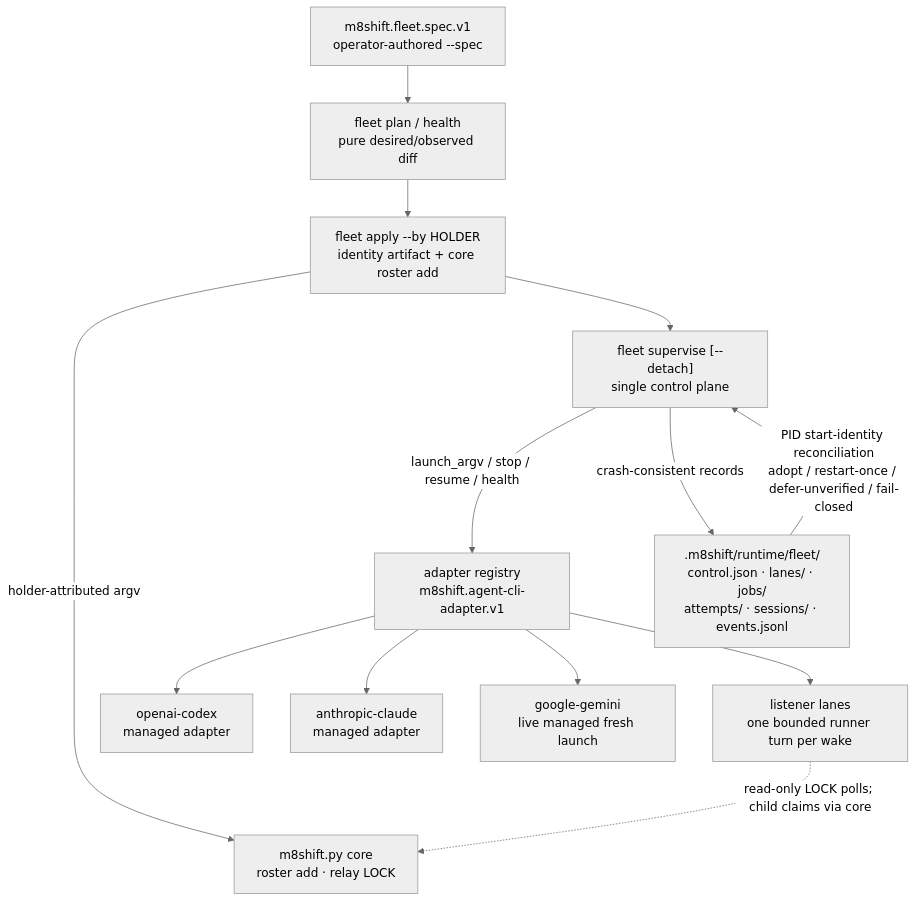
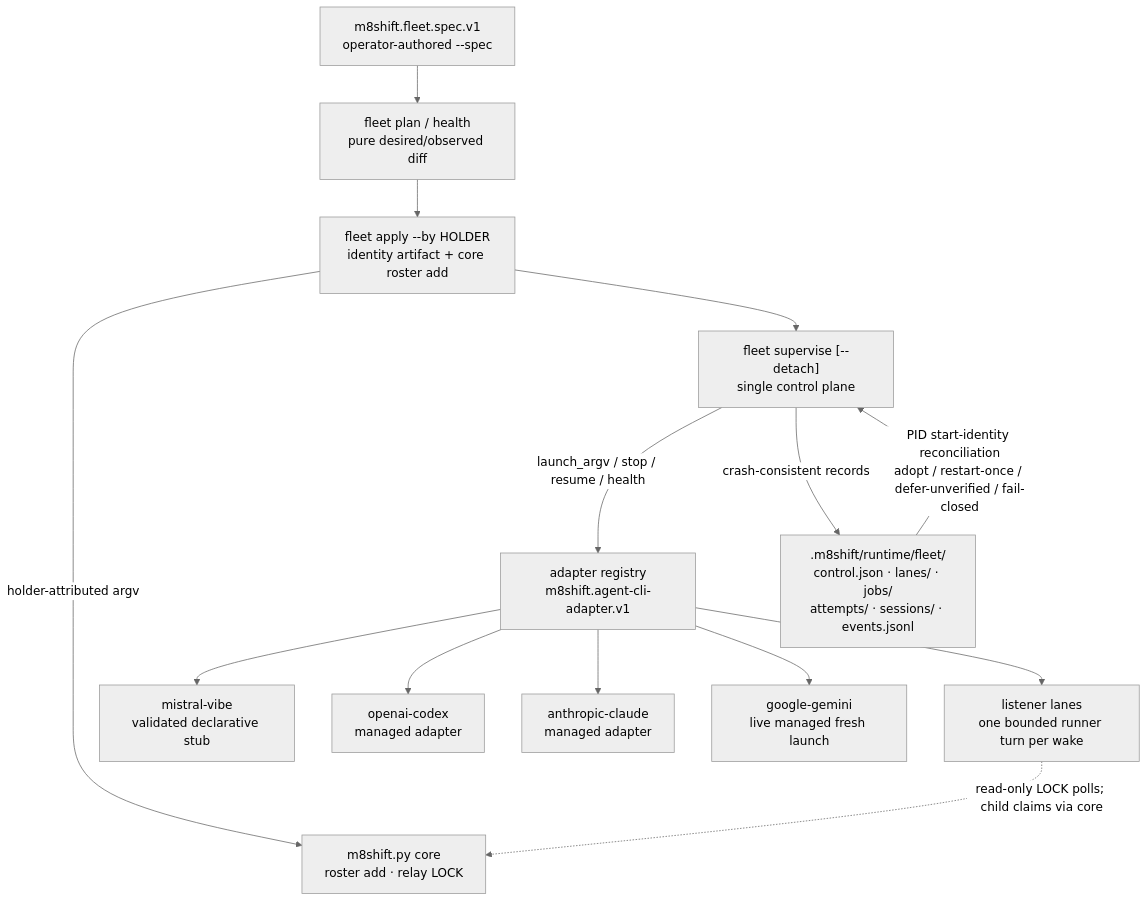
The sixth of 6 diagrams in docs/en/specification.md (M8Shift/M8Shift), drawn with Mermaid (neutral theme) before and after one commit. The commit also changed other lines of this file and 3 other files, not shown here.

````diff
--- a/docs/en/specification.md
+++ b/docs/en/specification.md
@@ -392,27 +394,29 @@
 ```mermaid
 flowchart TD
     Spec["m8shift.fleet.spec.v1<br/>operator-authored --spec"]
     Plan["fleet plan / health<br/>pure desired/observed diff"]
     Apply["fleet apply --by HOLDER<br/>identity artifact + core roster add"]
     Sup["fleet supervise [--detach]<br/>single control plane"]
     Reg["adapter registry<br/>m8shift.agent-cli-adapter.v1"]
     Codex["openai-codex<br/>managed adapter"]
     Claude["anthropic-claude<br/>managed adapter"]
     Gem["google-gemini<br/>live managed fresh launch"]
+    Vibe["mistral-vibe<br/>validated declarative stub"]
     Store[".m8shift/runtime/fleet/<br/>control.json · lanes/ · jobs/<br/>attempts/ · sessions/ · events.jsonl"]
     Listener["listener lanes<br/>one bounded runner turn per wake"]
     Core["m8shift.py core<br/>roster add · relay LOCK"]
 
     Spec --> Plan
     Plan --> Apply
     Apply -->|"holder-attributed argv"| Core
     Apply --> Sup
     Sup -->|"launch_argv / stop / resume / health"| Reg
+    Reg --> Vibe
     Reg --> Codex
     Reg --> Claude
     Reg --> Gem
     Sup -->|"crash-consistent records"| Store
     Store -->|"PID start-identity reconciliation<br/>adopt / restart-once / defer-unverified / fail-closed"| Sup
     Reg --> Listener
     Listener -.->|"read-only LOCK polls; child claims via core"| Core
 ```
````
